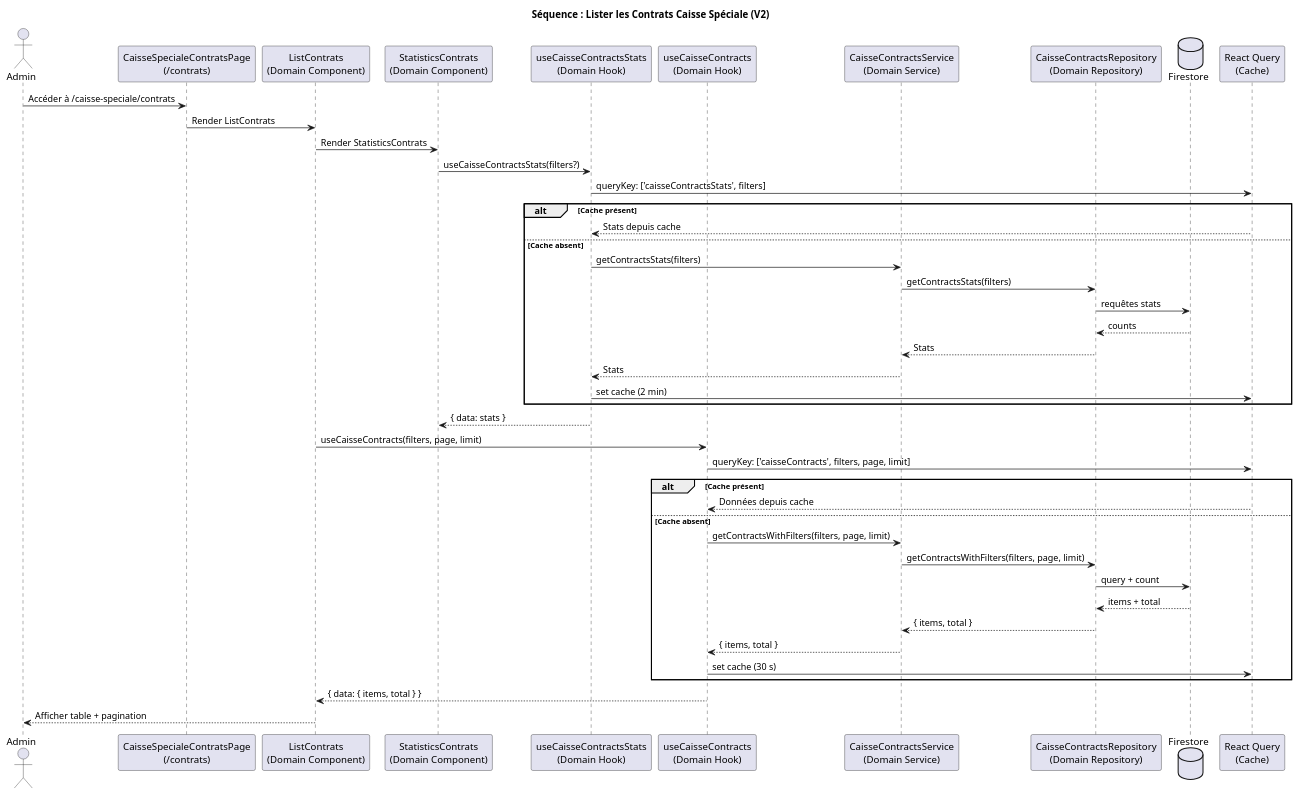
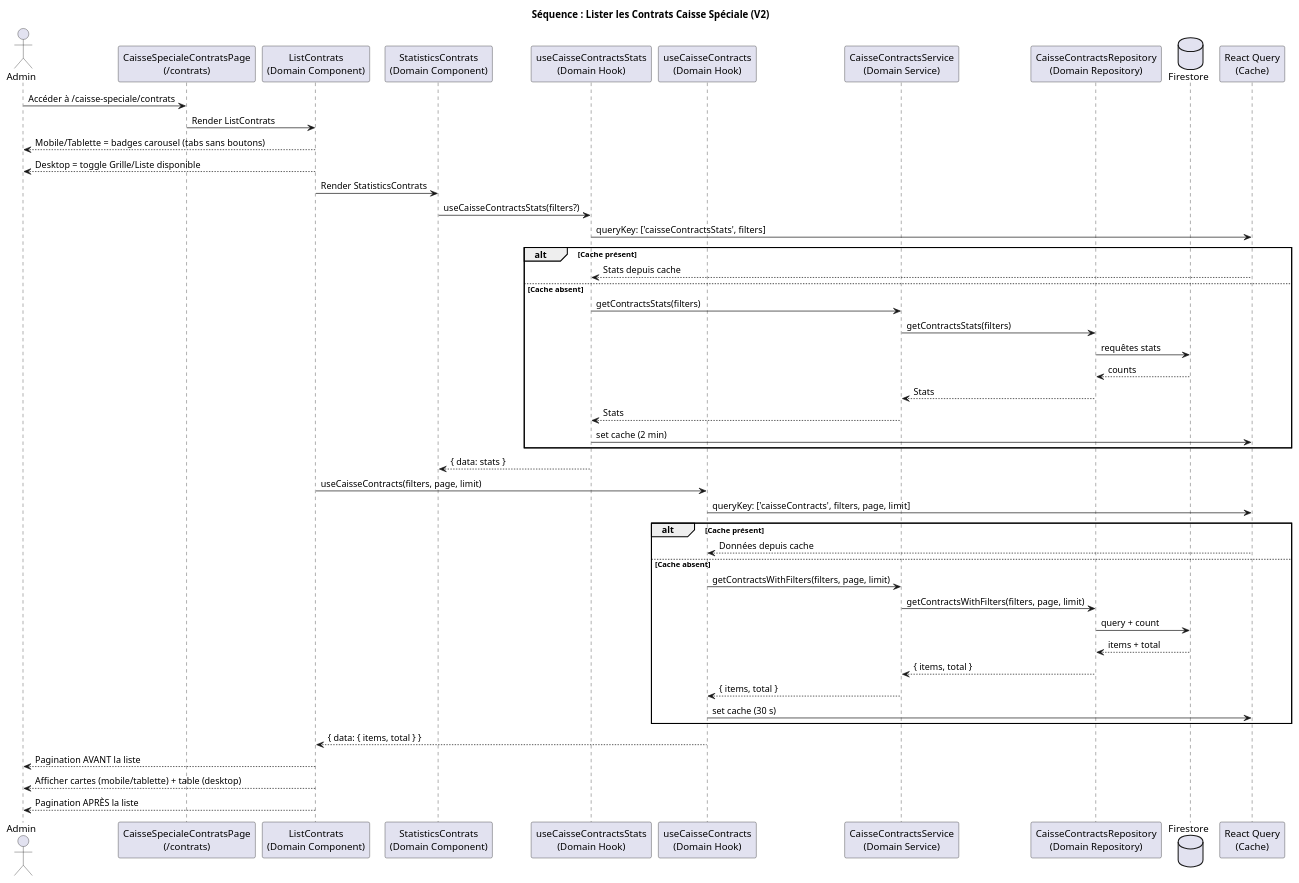
One commit to GlennEriss/kara-client-front changed the diagram in documentation/caisse-speciale/V2/contrats/sequence/SEQ_ListerContrats.puml. Above: the diagram before and after it, drawn with PlantUML. The commit also changed 22 other files, not shown here.

```diff
--- a/documentation/caisse-speciale/V2/contrats/sequence/SEQ_ListerContrats.puml
+++ b/documentation/caisse-speciale/V2/contrats/sequence/SEQ_ListerContrats.puml
@@ -1,54 +1,58 @@
 @startuml SEQ_ListerContrats
 title Séquence : Lister les Contrats Caisse Spéciale (V2)
 ' Référence : ListerContrats.puml (activité)
 ' C.0 : Pagination Firestore | C.1 : Stats globales
 
 actor "Admin" as Admin
 participant "CaisseSpecialeContratsPage\n(/contrats)" as Page
 participant "ListContrats\n(Domain Component)" as List
 participant "StatisticsContrats\n(Domain Component)" as Stats
 participant "useCaisseContractsStats\n(Domain Hook)" as StatsHook
 participant "useCaisseContracts\n(Domain Hook)" as ListHook
 participant "CaisseContractsService\n(Domain Service)" as Service
 participant "CaisseContractsRepository\n(Domain Repository)" as Repo
 database "Firestore" as Firestore
 participant "React Query\n(Cache)" as QueryCache
 
 Admin -> Page: Accéder à /caisse-speciale/contrats
 Page -> List: Render ListContrats
+List --> Admin: Mobile/Tablette = badges carousel (tabs sans boutons)
+List --> Admin: Desktop = toggle Grille/Liste disponible
 
 ' Stats globales (cache 2 min)
 List -> Stats: Render StatisticsContrats
 Stats -> StatsHook: useCaisseContractsStats(filters?)
 StatsHook -> QueryCache: queryKey: ['caisseContractsStats', filters]
 alt Cache présent
   QueryCache --> StatsHook: Stats depuis cache
 else Cache absent
   StatsHook -> Service: getContractsStats(filters)
   Service -> Repo: getContractsStats(filters)
   Repo -> Firestore: requêtes stats
   Firestore --> Repo: counts
   Repo --> Service: Stats
   Service --> StatsHook: Stats
   StatsHook -> QueryCache: set cache (2 min)
 end
 StatsHook --> Stats: { data: stats }
 
 ' Liste paginée (cache 30 s)
 List -> ListHook: useCaisseContracts(filters, page, limit)
 ListHook -> QueryCache: queryKey: ['caisseContracts', filters, page, limit]
 alt Cache présent
   QueryCache --> ListHook: Données depuis cache
 else Cache absent
   ListHook -> Service: getContractsWithFilters(filters, page, limit)
   Service -> Repo: getContractsWithFilters(filters, page, limit)
   Repo -> Firestore: query + count
   Firestore --> Repo: items + total
   Repo --> Service: { items, total }
   Service --> ListHook: { items, total }
   ListHook -> QueryCache: set cache (30 s)
 end
 ListHook --> List: { data: { items, total } }
 
-List --> Admin: Afficher table + pagination
+List --> Admin: Pagination AVANT la liste
+List --> Admin: Afficher cartes (mobile/tablette) + table (desktop)
+List --> Admin: Pagination APRÈS la liste
 @enduml
```
